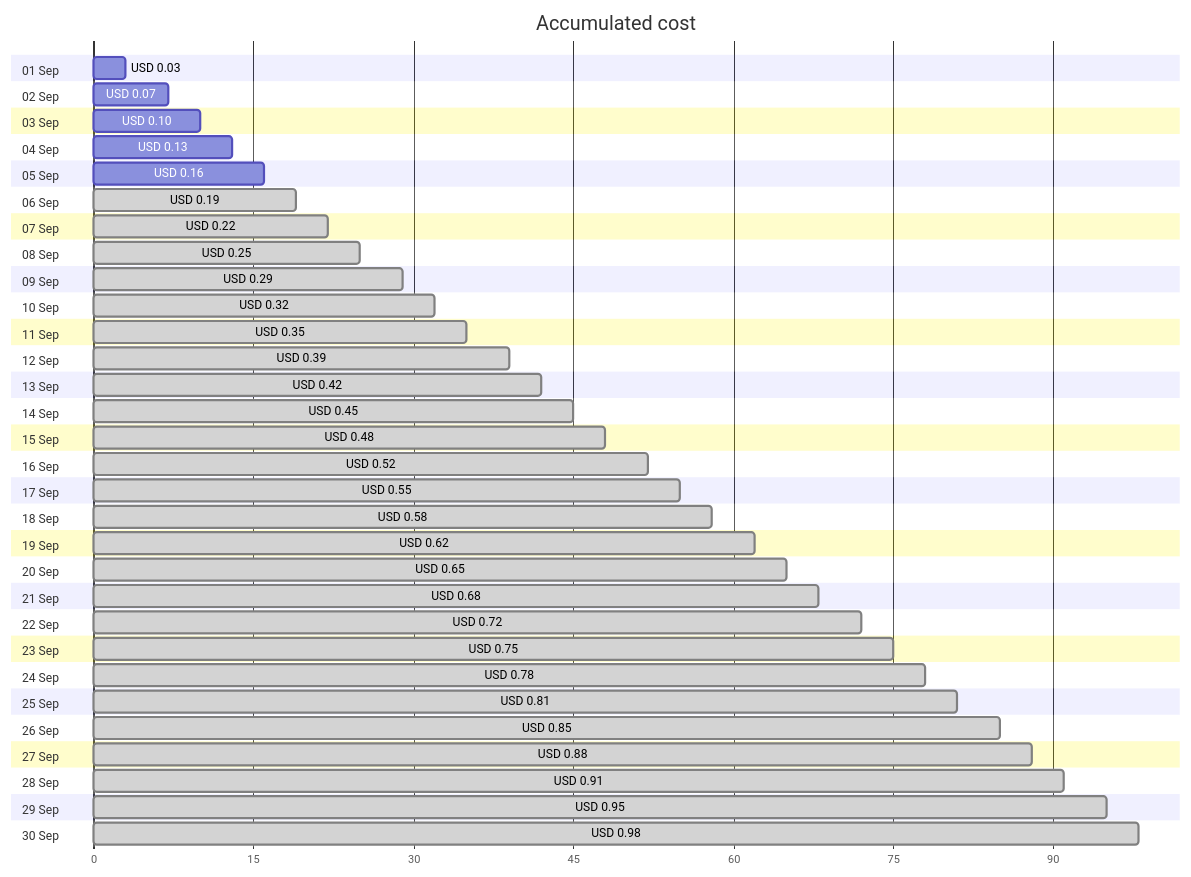
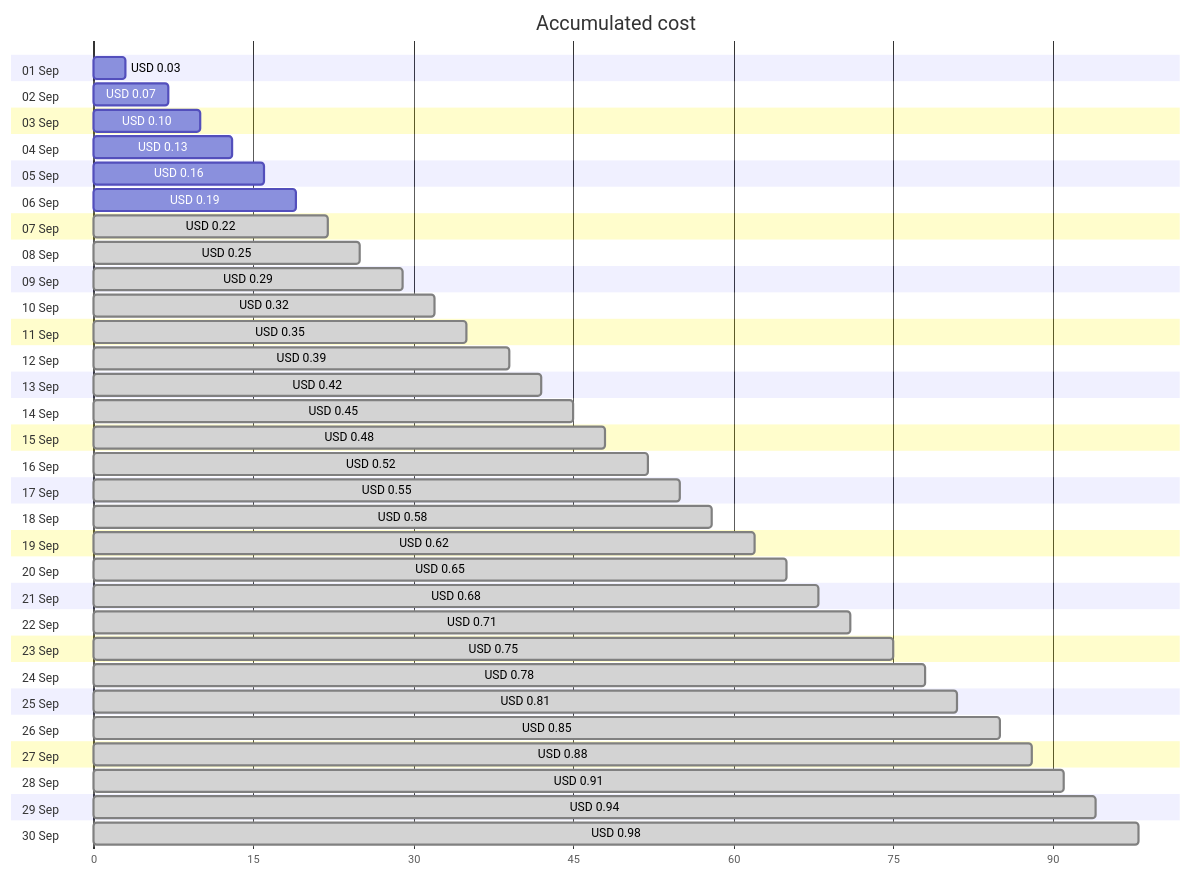
The first of 4 diagrams in cost-reports/personal-dns/README.md (jpfulton/azure-personal-reports), drawn with Mermaid before and after one commit. The commit also changed other lines of this file and 2 other files, not shown here.

````diff
--- a/cost-reports/personal-dns/README.md
+++ b/cost-reports/personal-dns/README.md
@@ -20,66 +20,66 @@
 ```mermaid
 gantt
    title Accumulated cost
    dateFormat  X
    axisFormat %s
    section 01 Sep
    USD 0.03 :0, 3
    section 02 Sep
    USD 0.07 :0, 7
    section 03 Sep
    USD 0.10 :0, 10
    section 04 Sep
    USD 0.13 :0, 13
    section 05 Sep
    USD 0.16 :0, 16
    section 06 Sep
-   USD 0.19 : done, 0, 19
+   USD 0.19 :0, 19
    section 07 Sep
    USD 0.22 : done, 0, 22
    section 08 Sep
    USD 0.25 : done, 0, 25
    section 09 Sep
    USD 0.29 : done, 0, 29
    section 10 Sep
    USD 0.32 : done, 0, 32
    section 11 Sep
    USD 0.35 : done, 0, 35
    section 12 Sep
    USD 0.39 : done, 0, 39
    section 13 Sep
    USD 0.42 : done, 0, 42
    section 14 Sep
    USD 0.45 : done, 0, 45
    section 15 Sep
    USD 0.48 : done, 0, 48
    section 16 Sep
    USD 0.52 : done, 0, 52
    section 17 Sep
    USD 0.55 : done, 0, 55
    section 18 Sep
    USD 0.58 : done, 0, 58
    section 19 Sep
    USD 0.62 : done, 0, 62
    section 20 Sep
    USD 0.65 : done, 0, 65
    section 21 Sep
    USD 0.68 : done, 0, 68
    section 22 Sep
-   USD 0.72 : done, 0, 72
+   USD 0.71 : done, 0, 71
    section 23 Sep
    USD 0.75 : done, 0, 75
    section 24 Sep
    USD 0.78 : done, 0, 78
    section 25 Sep
    USD 0.81 : done, 0, 81
    section 26 Sep
    USD 0.85 : done, 0, 85
    section 27 Sep
    USD 0.88 : done, 0, 88
    section 28 Sep
    USD 0.91 : done, 0, 91
    section 29 Sep
-   USD 0.95 : done, 0, 95
+   USD 0.94 : done, 0, 94
    section 30 Sep
    USD 0.98 : done, 0, 98
 ```
````
